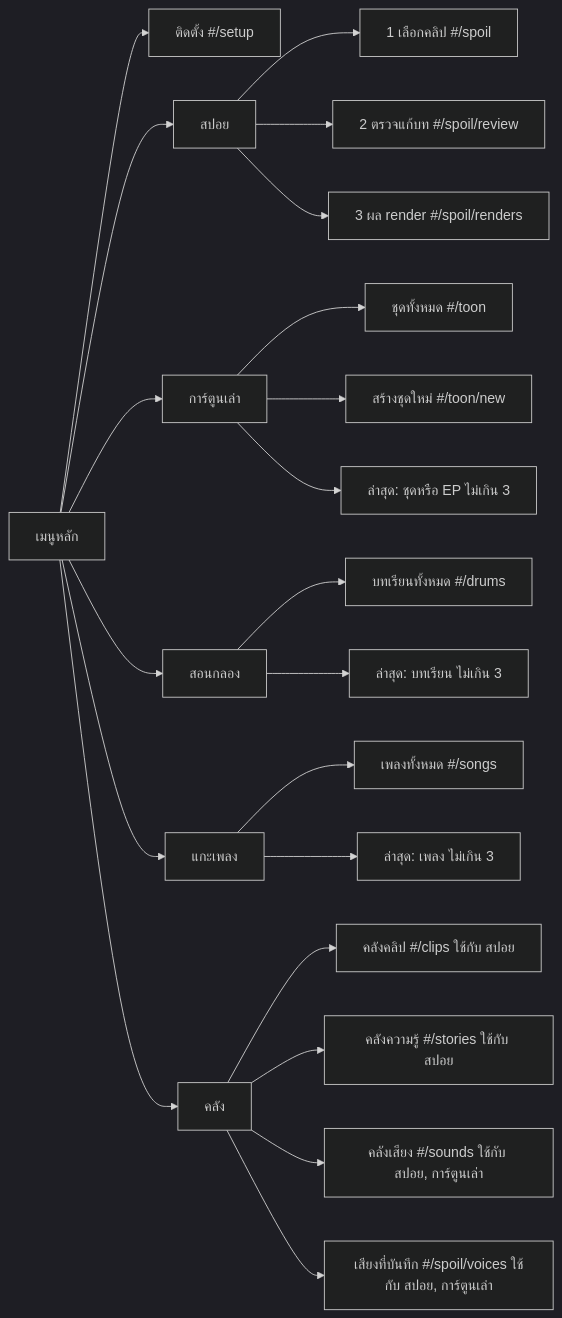
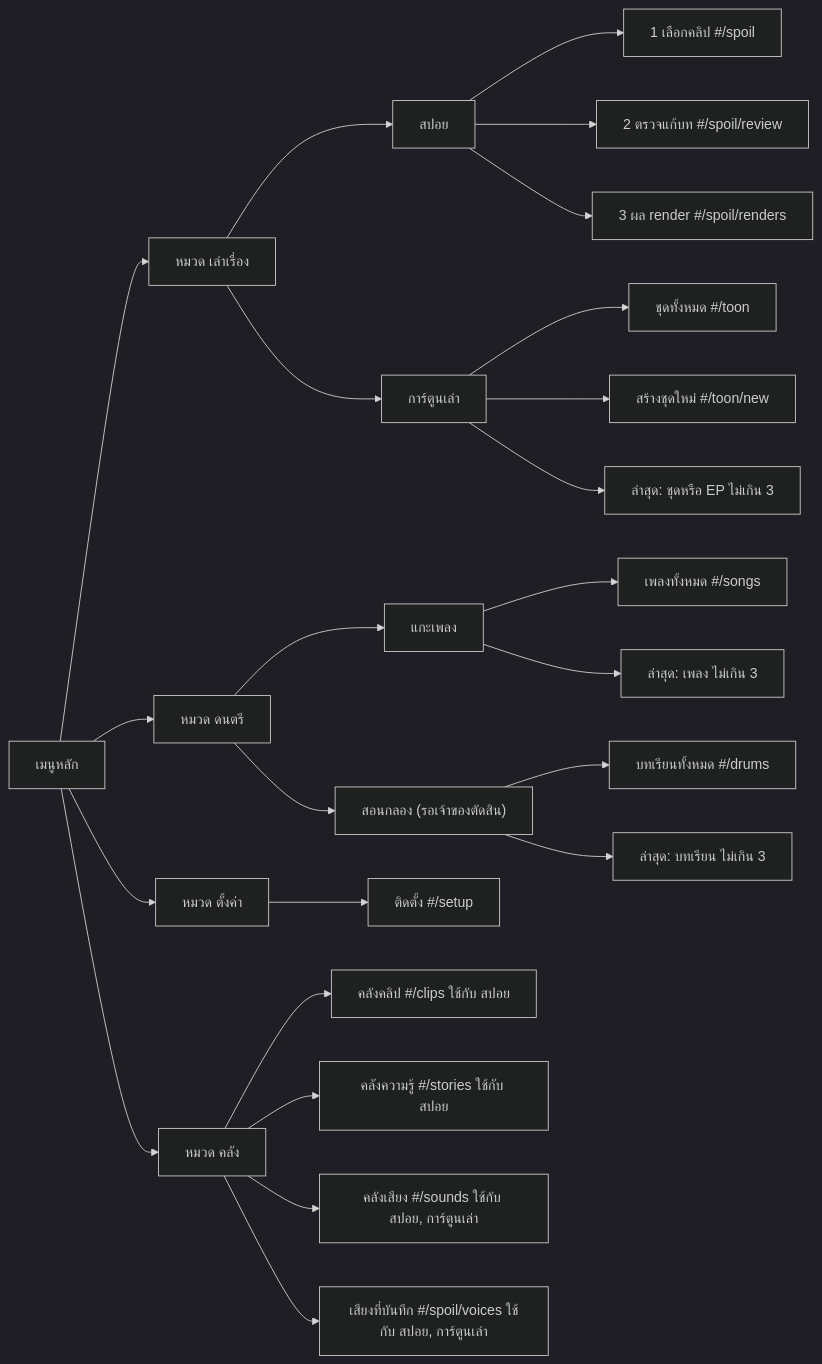
The first of 3 diagrams in docs/features/ui-nav/flow.md (mousemouse094526/framecraft), drawn with Mermaid (dark theme) before and after one commit. The commit also changed other lines of this file and 13 other files, not shown here.

````diff
--- a/docs/features/ui-nav/flow.md
+++ b/docs/features/ui-nav/flow.md
@@ -12,29 +12,33 @@
 ```mermaid
 flowchart LR
     menu["เมนูหลัก"]
-    menu --> setup["ติดตั้ง #/setup"]
-    menu --> spoil["สปอย"]
-    menu --> toon["การ์ตูนเล่า"]
-    menu --> drums["สอนกลอง"]
-    menu --> songs["แกะเพลง"]
-    menu --> lib["คลัง"]
+    menu --> story["หมวด เล่าเรื่อง"]
+    menu --> music["หมวด ดนตรี"]
+    menu --> lib["หมวด คลัง"]
+    menu --> conf["หมวด ตั้งค่า"]
+
+    story --> spoil["สปอย"]
+    story --> toon["การ์ตูนเล่า"]
+    music --> songs["แกะเพลง"]
+    music --> drums["สอนกลอง (รอเจ้าของตัดสิน)"]
+    conf --> setup["ติดตั้ง #/setup"]
 
     spoil --> s1["1 เลือกคลิป #/spoil"]
     spoil --> s2["2 ตรวจแก้บท #/spoil/review"]
     spoil --> s3["3 ผล render #/spoil/renders"]
 
     toon --> t1["ชุดทั้งหมด #/toon"]
     toon --> t2["สร้างชุดใหม่ #/toon/new"]
     toon --> tr["ล่าสุด: ชุดหรือ EP ไม่เกิน 3"]
 
+    songs --> g1["เพลงทั้งหมด #/songs"]
+    songs --> gr["ล่าสุด: เพลง ไม่เกิน 3"]
+
     drums --> d1["บทเรียนทั้งหมด #/drums"]
     drums --> dr["ล่าสุด: บทเรียน ไม่เกิน 3"]
-
-    songs --> g1["เพลงทั้งหมด #/songs"]
-    songs --> gr["ล่าสุด: เพลง ไม่เกิน 3"]
 
     lib --> l1["คลังคลิป #/clips ใช้กับ สปอย"]
     lib --> l2["คลังความรู้ #/stories ใช้กับ สปอย"]
     lib --> l3["คลังเสียง #/sounds ใช้กับ สปอย, การ์ตูนเล่า"]
     lib --> l4["เสียงที่บันทึก #/spoil/voices ใช้กับ สปอย, การ์ตูนเล่า"]
 ```
````
